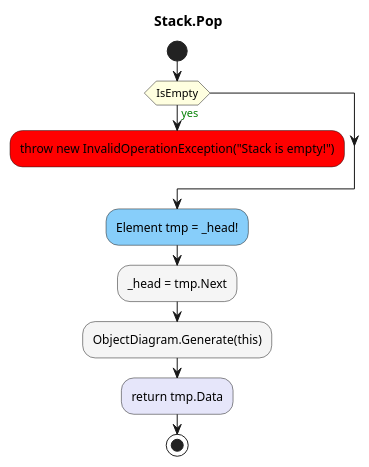
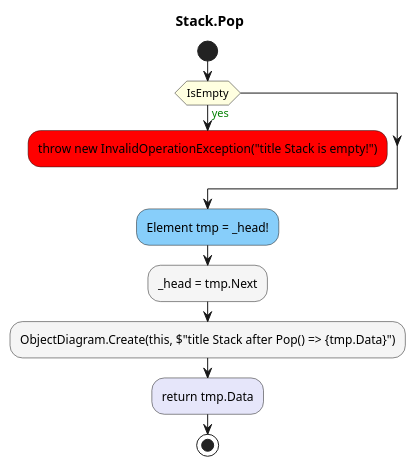
One commit to leoggehrer/2324-34_ABIF_ACIF_POSE changed the diagram in UPNCalculator.ConApp/diagrams/ac_Stack_Pop.puml. Above: the diagram before and after it, drawn with PlantUML. The commit also changed 14 other files, not shown here.

```diff
--- a/UPNCalculator.ConApp/diagrams/ac_Stack_Pop.puml
+++ b/UPNCalculator.ConApp/diagrams/ac_Stack_Pop.puml
@@ -1,13 +1,13 @@
 @startuml Stack.Pop
 title Stack.Pop
 start
 #LightYellow:if (IsEmpty) then (<color:green>yes)
-  #Red:throw new InvalidOperationException("Stack is empty!");
+  #Red:throw new InvalidOperationException("title Stack is empty!");
   kill
 endif
 #LightSkyBlue:Element tmp = _head!;
 #WhiteSmoke:_head = tmp.Next;
-#WhiteSmoke:ObjectDiagram.Generate(this);
+#WhiteSmoke:ObjectDiagram.Create(this, $"title Stack after Pop() => {tmp.Data}");
 #Lavender:return tmp.Data;
 stop
 @enduml
```
